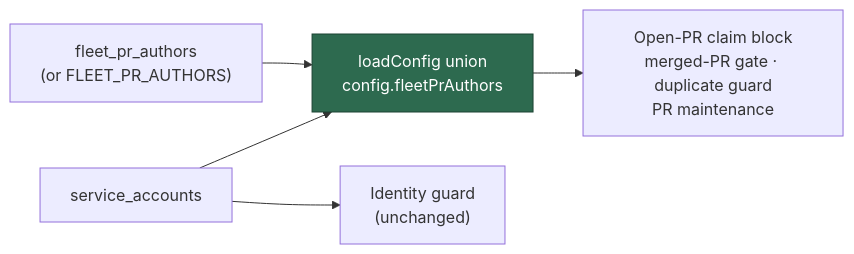
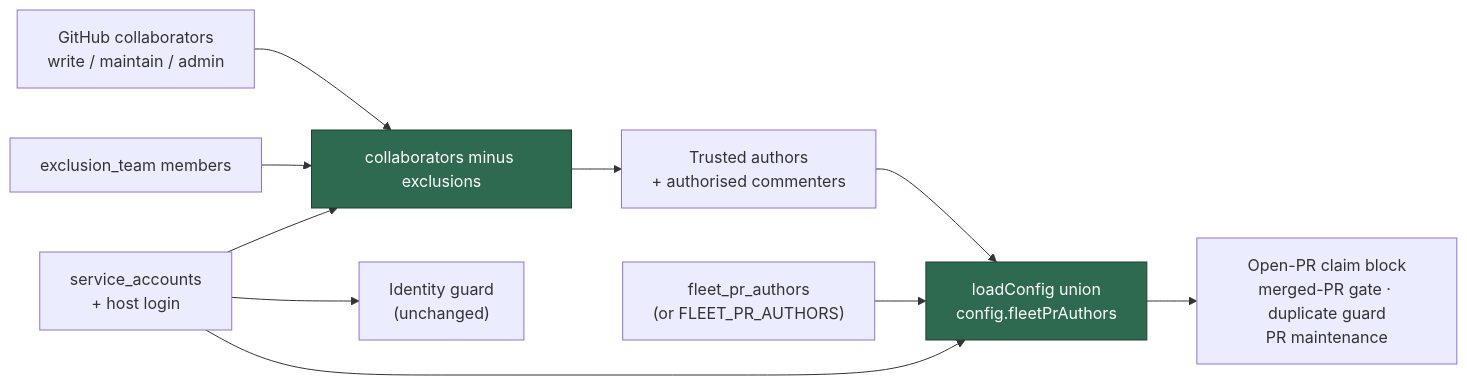
One commit to stSoftwareAU/VibeCoder changed the third of 8 diagrams in docs/CONFIGURATION.md. Above: the diagram before and after it, drawn with Mermaid. The commit also changed other lines of this file and 7 other files, not shown here.

First line of the commit message:
docs: GitHub-derived authorised-author allowlists (Issue #255)

````diff
--- a/docs/CONFIGURATION.md
+++ b/docs/CONFIGURATION.md
@@ -1371,8 +1511,14 @@
 ```mermaid
 flowchart LR
+    GCol["GitHub collaborators<br/>write / maintain / admin"] --> X
+    Team["exclusion_team members"] --> X
+    S["service_accounts<br/>+ host login"] --> X
+    X["collaborators minus exclusions"] --> T["Trusted authors<br/>+ authorised commenters"]
+    T --> U
     F["fleet_pr_authors<br/>(or FLEET_PR_AUTHORS)"] --> U
-    S["service_accounts"] --> U
-    U["loadConfig union<br/>config.fleetPrAuthors"] --> G["Open-PR claim block<br/>merged-PR gate · duplicate guard<br/>PR maintenance"]
+    S --> U
+    U["loadConfig union<br/>config.fleetPrAuthors"] --> Gds["Open-PR claim block<br/>merged-PR gate · duplicate guard<br/>PR maintenance"]
     S --> I["Identity guard<br/>(unchanged)"]
+    style X fill:#2d6a4f,stroke:#1b4332,color:#fff
     style U fill:#2d6a4f,stroke:#1b4332,color:#fff
 ```
````
